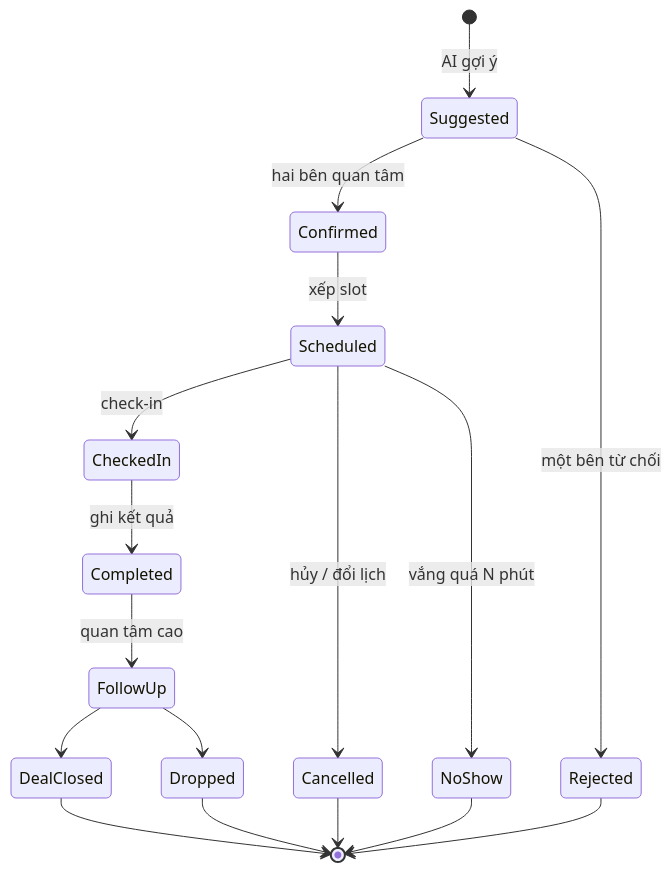
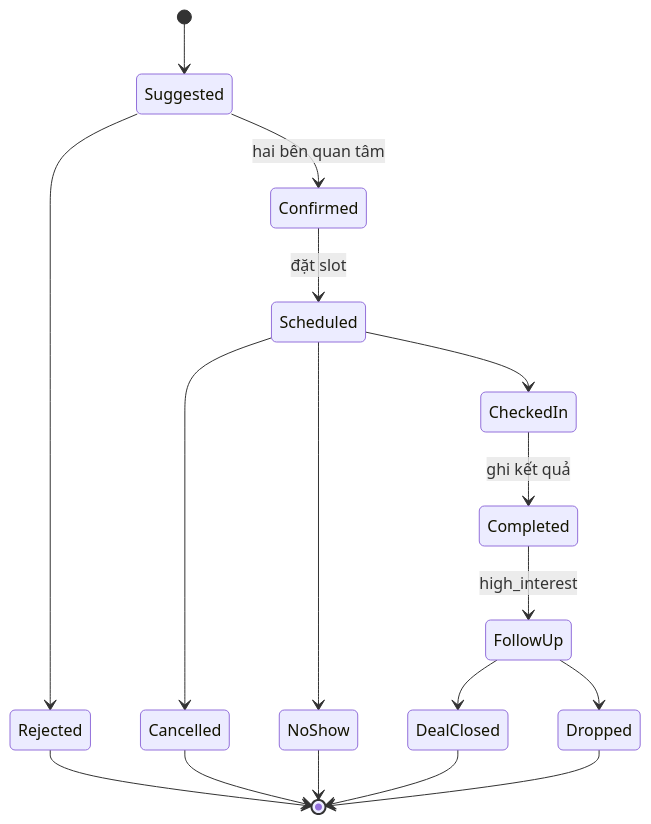
The eighth of 10 diagrams in README.md (Trung1234/davas-matching), drawn with Mermaid before and after one commit. The commit also changed other lines of this file, not shown here.

````diff
--- a/README.md
+++ b/README.md
@@ -174,19 +466,19 @@
 ```mermaid
 stateDiagram-v2
-    [*] --> Suggested: AI gợi ý
+    [*] --> Suggested
     Suggested --> Confirmed: hai bên quan tâm
-    Suggested --> Rejected: một bên từ chối
-    Confirmed --> Scheduled: xếp slot
-    Scheduled --> CheckedIn: check-in
-    Scheduled --> Cancelled: hủy / đổi lịch
-    Scheduled --> NoShow: vắng quá N phút
+    Suggested --> Rejected
+    Confirmed --> Scheduled: đặt slot
+    Scheduled --> CheckedIn
+    Scheduled --> Cancelled
+    Scheduled --> NoShow
     CheckedIn --> Completed: ghi kết quả
-    Completed --> FollowUp: quan tâm cao
+    Completed --> FollowUp: high_interest
     FollowUp --> DealClosed
     FollowUp --> Dropped
+    Rejected --> [*]
+    Cancelled --> [*]
     NoShow --> [*]
-    Cancelled --> [*]
-    Rejected --> [*]
     DealClosed --> [*]
     Dropped --> [*]
 ```
````
